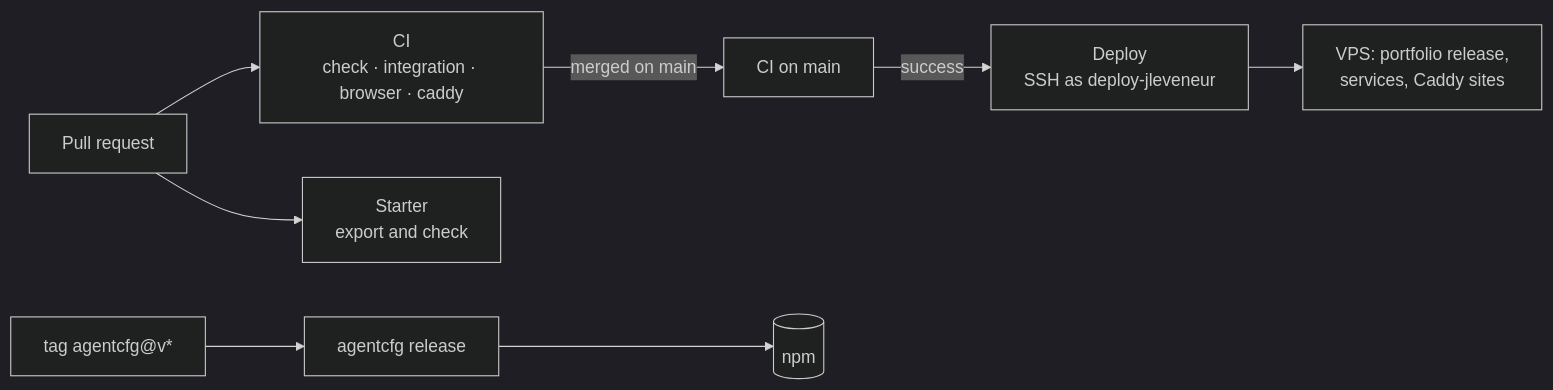
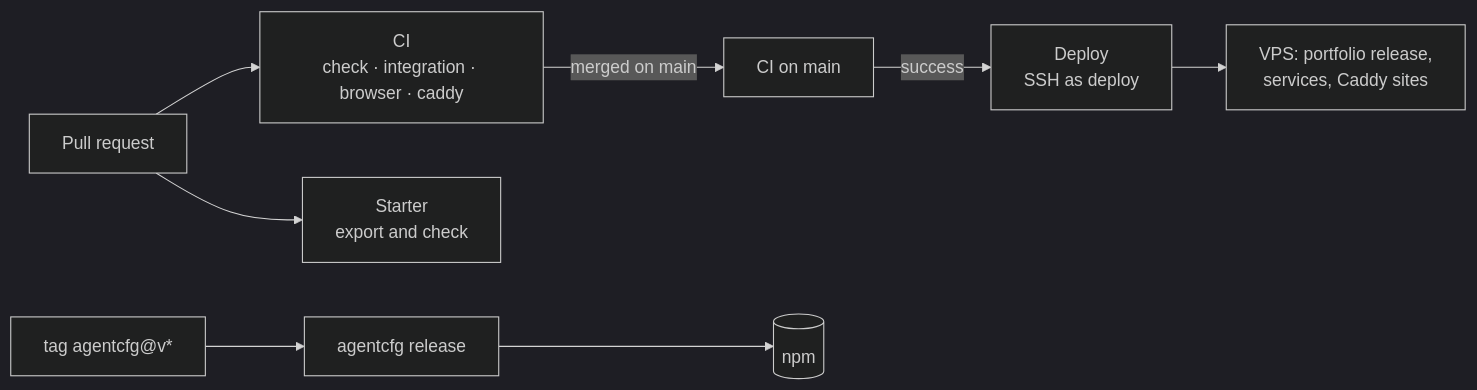
One commit to jleveneur/jleveneur changed the second of 2 diagrams in docs/architecture.md. Above: the diagram before and after it, drawn with Mermaid (dark theme). The commit also changed other lines of this file and 4 other files, not shown here.

````diff
--- a/docs/architecture.md
+++ b/docs/architecture.md
@@ -74,9 +74,9 @@
 ```mermaid
 flowchart LR
   pr[Pull request] --> ci["CI<br/>check · integration · browser · caddy"]
   pr --> starter["Starter<br/>export and check"]
   ci -->|merged on main| ci2[CI on main]
-  ci2 -->|success| deploy["Deploy<br/>SSH as deploy-jleveneur"]
+  ci2 -->|success| deploy["Deploy<br/>SSH as deploy"]
   deploy --> vps["VPS: portfolio release,<br/>services, Caddy sites"]
   tag["tag agentcfg@v*"] --> release["agentcfg release"] --> npm[(npm)]
 ```
````
